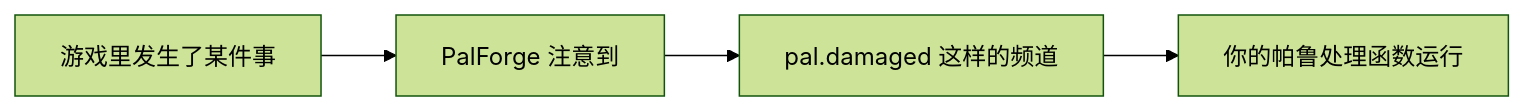
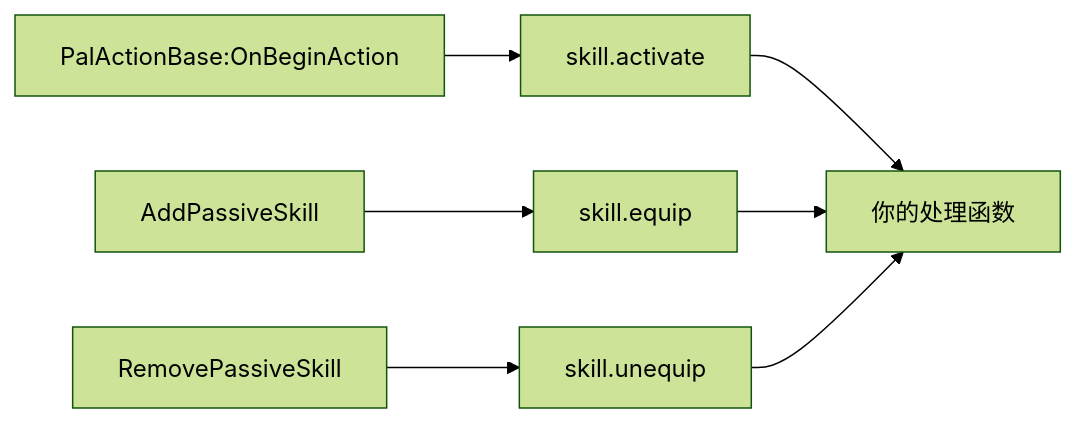
The first of 4 diagrams in docs/content/docs/api/skill.zh.mdx (dr-mikan/PalForge), drawn with Mermaid (forest theme) before and after one commit. The commit also changed other lines of this file and 190 other files, not shown here.

````diff
--- a/docs/content/docs/api/skill.zh.mdx
+++ b/docs/content/docs/api/skill.zh.mdx
@@ -41,6 +45,9 @@
 ```mermaid
 flowchart LR
-  A["游戏里发生了某件事"] --> B["PalForge 注意到"]
-  B --> C["pal.damaged 这样的频道"]
-  C --> D["你的帕鲁处理函数运行"]
+  A["PalActionBase:OnBeginAction"] --> B["skill.activate"]
+  C["AddPassiveSkill"] --> D["skill.equip"]
+  E["RemovePassiveSkill"] --> F["skill.unequip"]
+  B --> G["你的处理函数"]
+  D --> G
+  F --> G
 ```
````
